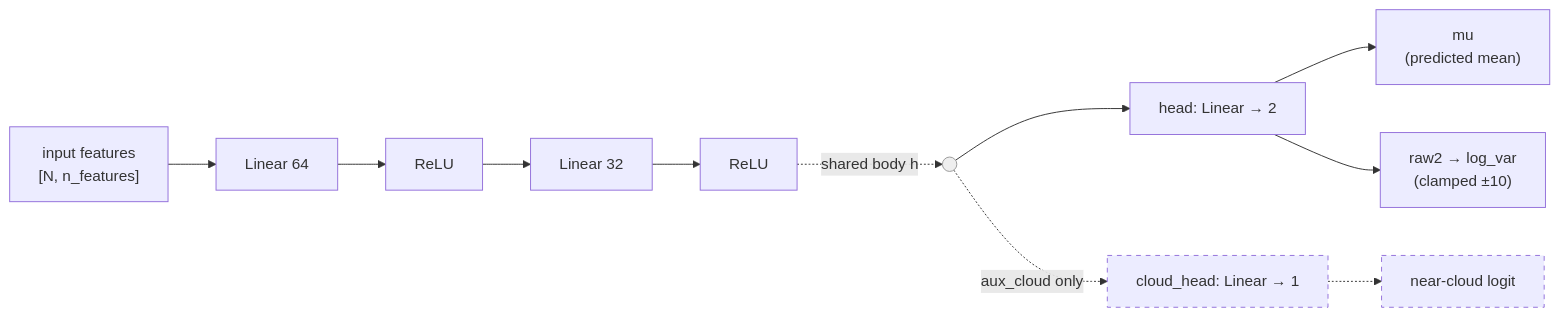
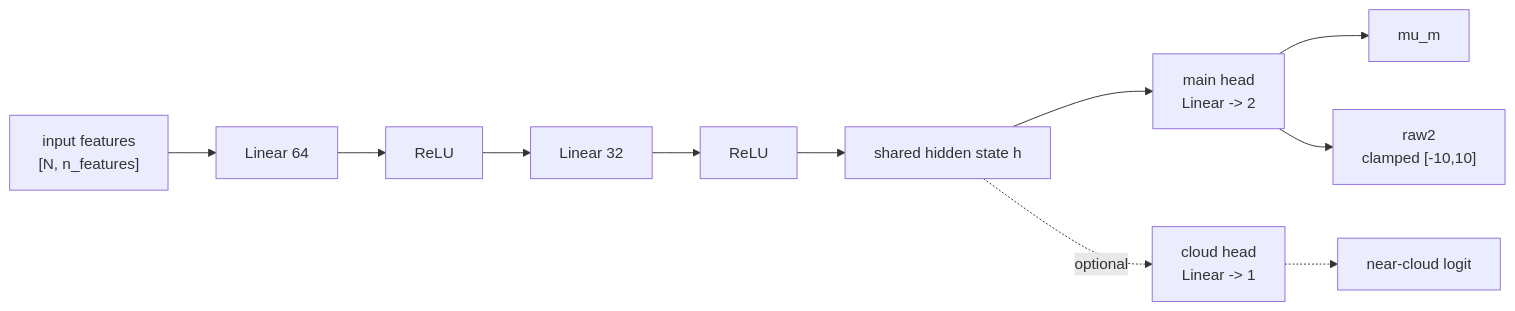
The first of 3 diagrams in src/models/deep_ensemble_ARCHITECTURE.md (ywchen-tw/OCO_spectral_mitigation), drawn with Mermaid before and after one commit. The commit also changed other lines of this file and 3 other files, not shown here.

Commit message:
Update TCCON report styling and deep ensemble figure

````diff
--- a/src/models/deep_ensemble_ARCHITECTURE.md
+++ b/src/models/deep_ensemble_ARCHITECTURE.md
@@ -15,19 +27,15 @@
 ```mermaid
 flowchart LR
     X["input features<br/>[N, n_features]"] --> L1["Linear 64"]
     L1 --> R1["ReLU"]
     R1 --> L2["Linear 32"]
     L2 --> R2["ReLU"]
-    R2 -.->|shared body h| H(( ))
+    R2 --> H["shared hidden state h"]
 
-    H --> HEAD["head: Linear → 2"]
-    HEAD --> MU["mu<br/>(predicted mean)"]
-    HEAD --> RAW["raw2 → log_var<br/>(clamped ±10)"]
+    H --> HEAD["main head<br/>Linear -> 2"]
+    HEAD --> MU["mu_m"]
+    HEAD --> RAW["raw2<br/>clamped [-10,10]"]
 
-    H -. "aux_cloud only" .-> CH["cloud_head: Linear → 1"]
+    H -. optional .-> CH["cloud head<br/>Linear -> 1"]
     CH -.-> CL["near-cloud logit"]
-
-    style H fill:#eee,stroke:#999
-    style CL stroke-dasharray: 5 5
-    style CH stroke-dasharray: 5 5
 ```
````
